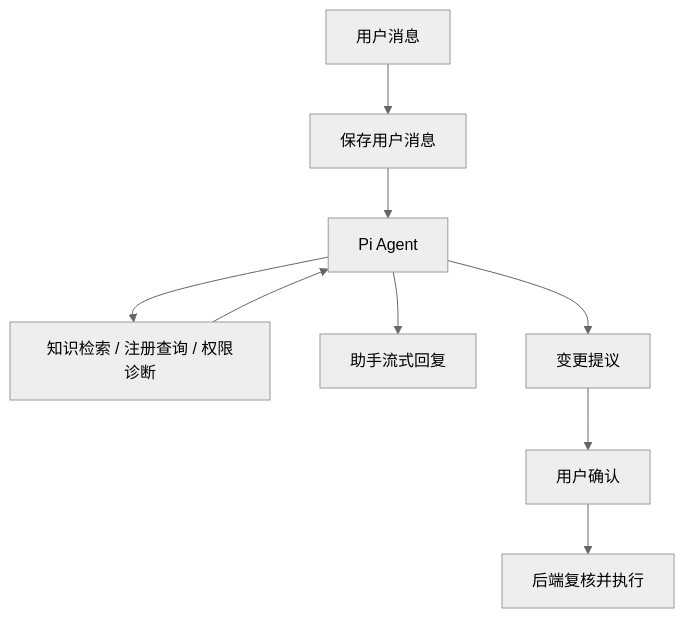
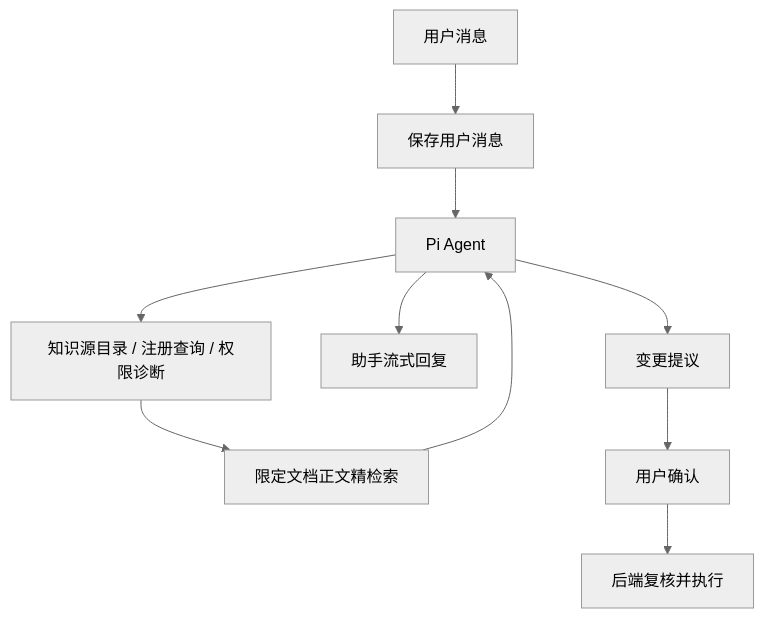
Before and after one commit to OSpoon/api-starter-kit: the diagram in docs/ai-assistant-capabilities.md, drawn with Mermaid (neutral theme). The commit also changed other lines of this file and 49 other files, not shown here.

````diff
--- a/docs/ai-assistant-capabilities.md
+++ b/docs/ai-assistant-capabilities.md
@@ -44,11 +44,12 @@
 ```mermaid
 flowchart TB
   A["用户消息"] --> B["保存用户消息"]
   B --> C["Pi Agent"]
-  C --> D["知识检索 / 注册查询 / 权限诊断"]
-  D --> C
-  C --> E["助手流式回复"]
-  C --> F["变更提议"]
-  F --> G["用户确认"]
-  G --> H["后端复核并执行"]
+  C --> D["知识源目录 / 注册查询 / 权限诊断"]
+  D --> E["限定文档正文精检索"]
+  E --> C
+  C --> F["助手流式回复"]
+  C --> G["变更提议"]
+  G --> H["用户确认"]
+  H --> I["后端复核并执行"]
 ```
````
